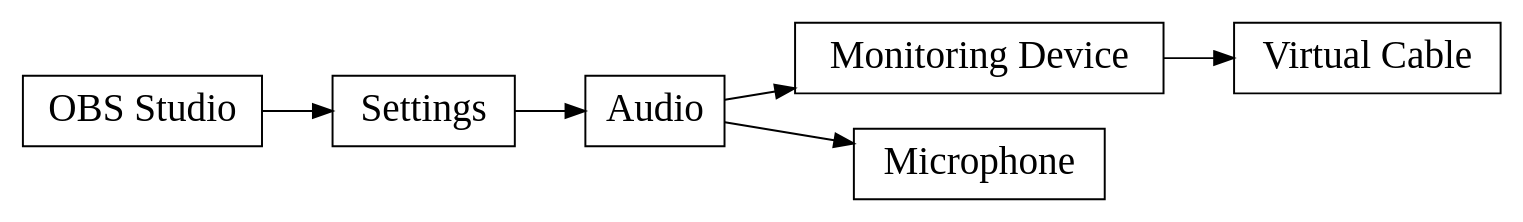
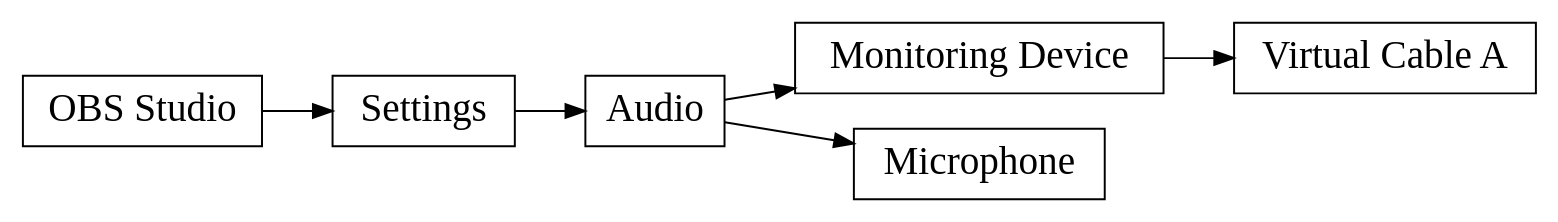
The first of 8 diagrams in obs-studio/obs-diagram.org (NapoleonWils0n/cerberus), drawn with Graphviz before and after one commit. The commit also changed other lines of this file, not shown here.

Commit message:
obs audio diagram

```diff
--- a/obs-studio/obs-diagram.org
+++ b/obs-studio/obs-diagram.org
@@ -4,21 +4,21 @@
-#+BEGIN_SRC dot :file audio-settings.png :cmdline -Kdot -Tpng
+#+BEGIN_SRC dot :file audio-settings-windows-mac.png :cmdline -Kdot -Tpng
 digraph {
 // graph from left to right
 rankdir=LR;
 splines=true;
 node [shape=box fontname="Sans serif" fontsize="20"];
 edge [style=solid];
 
 // nodes
 obs [label="OBS Studio"]
 settings [label="Settings"]
 audio [label="Audio"]
 monitordevice [label="Monitoring Device"]
-virtualmic [label="Virtual Cable"]
+virtualmic [label="Virtual Cable A"]
 mic [label="Microphone"]
 
 // graph
 obs -> settings -> audio -> {mic monitordevice};
 monitordevice -> virtualmic;
 }
 #+END_SRC
```
